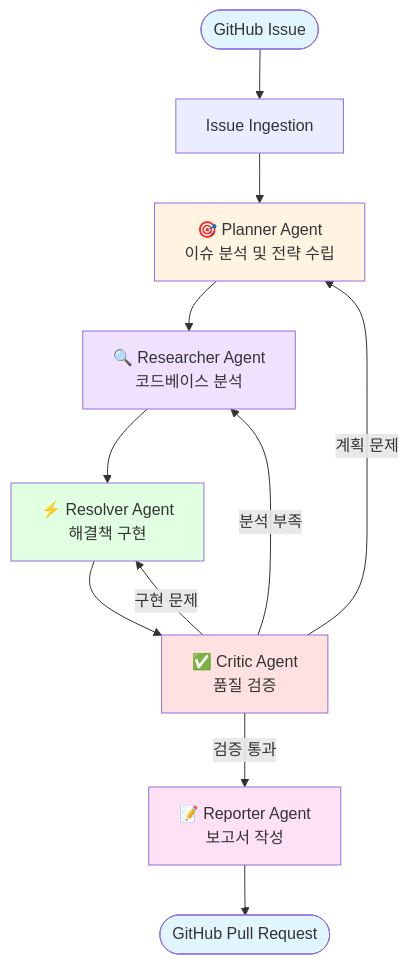
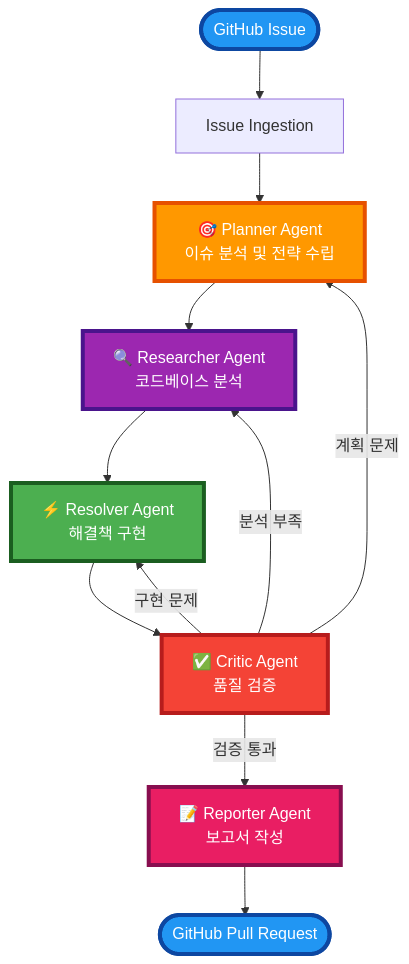
Before and after one commit to riverfrot/issue-solve-multi-agent-system: the first of 3 diagrams in README.md, drawn with Mermaid.

Commit message:
edit more specific font

````diff
--- a/README.md
+++ b/README.md
@@ -10,24 +10,24 @@
 ```mermaid
 graph TB
     Start([GitHub Issue]) --> Ingest[Issue Ingestion]
     Ingest --> Planner[🎯 Planner Agent<br/>이슈 분석 및 전략 수립]
     
     Planner --> Researcher[🔍 Researcher Agent<br/>코드베이스 분석]
     Researcher --> Resolver[⚡ Resolver Agent<br/>해결책 구현]
     Resolver --> Critic[✅ Critic Agent<br/>품질 검증]
     
     Critic -->|검증 통과| Reporter[📝 Reporter Agent<br/>보고서 작성]
     Critic -->|계획 문제| Planner
     Critic -->|분석 부족| Researcher
     Critic -->|구현 문제| Resolver
     
     Reporter --> PR([GitHub Pull Request])
     
-    style Start fill:#e1f5ff
-    style PR fill:#e1f5ff
-    style Planner fill:#fff4e1
-    style Researcher fill:#f0e1ff
-    style Resolver fill:#e1ffe1
-    style Critic fill:#ffe1e1
-    style Reporter fill:#ffe1f5
+    style Start fill:#2196F3,stroke:#0D47A1,stroke-width:4px,color:#fff
+    style PR fill:#2196F3,stroke:#0D47A1,stroke-width:4px,color:#fff
+    style Planner fill:#FF9800,stroke:#E65100,stroke-width:4px,color:#fff
+    style Researcher fill:#9C27B0,stroke:#4A148C,stroke-width:4px,color:#fff
+    style Resolver fill:#4CAF50,stroke:#1B5E20,stroke-width:4px,color:#fff
+    style Critic fill:#F44336,stroke:#B71C1C,stroke-width:4px,color:#fff
+    style Reporter fill:#E91E63,stroke:#880E4F,stroke-width:4px,color:#fff
 ```
````
